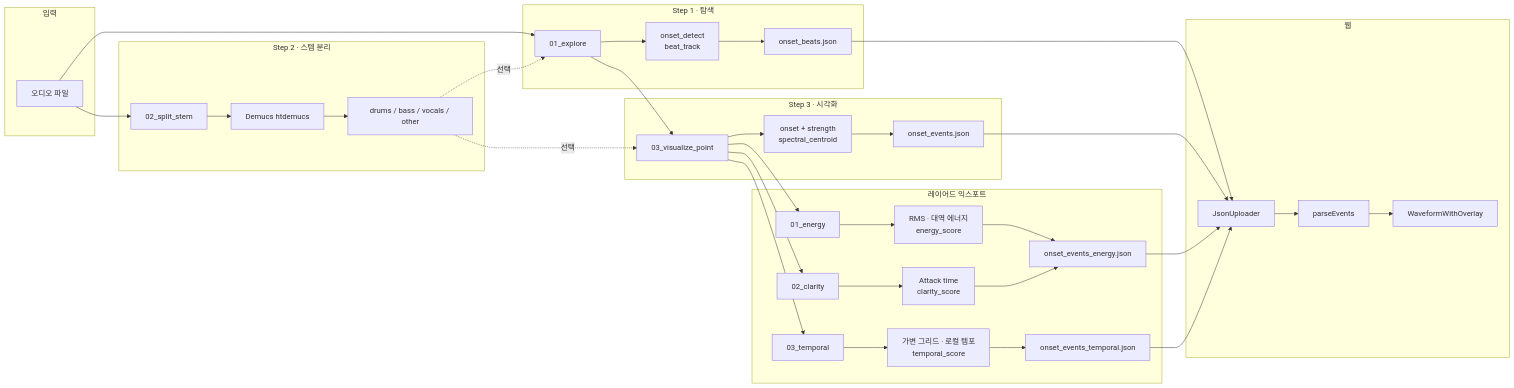
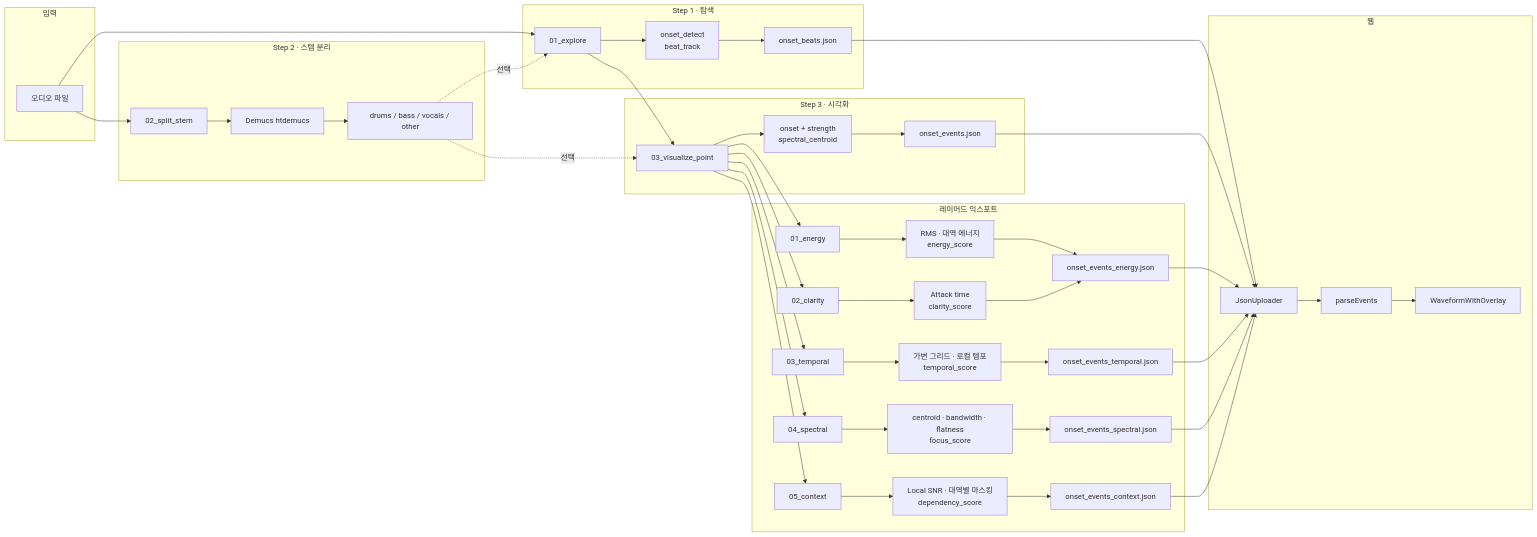
The diagram in docs/progress.md (latte0415/MADCAMP-W4-Music-Pose), drawn with Mermaid before and after one commit. The commit also changed other lines of this file and 13 other files, not shown here.

````diff
--- a/docs/progress.md
+++ b/docs/progress.md
@@ -9,56 +9,66 @@
 ```mermaid
 flowchart LR
     subgraph input["입력"]
         A[오디오 파일]
     end
 
     subgraph step1["Step 1 · 탐색"]
         B[01_explore]
         B --> B1[onset_detect<br/>beat_track]
         B1 --> J1[onset_beats.json]
     end
 
     subgraph step2["Step 2 · 스템 분리"]
         C[02_split_stem]
         C --> C1[Demucs htdemucs]
         C1 --> S[drums / bass / vocals / other]
     end
 
     subgraph step3["Step 3 · 시각화"]
         D[03_visualize_point]
         D --> D1[onset + strength<br/>spectral_centroid]
         D1 --> J2[onset_events.json]
     end
 
     subgraph layered["레이어드 익스포트"]
         E1[01_energy]
         E2[02_clarity]
         E3[03_temporal]
+        E4[04_spectral]
+        E5[05_context]
         E1 --> E1a[RMS · 대역 에너지<br/>energy_score]
         E2 --> E2a[Attack time<br/>clarity_score]
         E3 --> E3a[가변 그리드 · 로컬 템포<br/>temporal_score]
+        E4 --> E4a[centroid · bandwidth · flatness<br/>focus_score]
+        E5 --> E5a[Local SNR · 대역별 마스킹<br/>dependency_score]
         E1a --> J3[onset_events_energy.json]
         E2a --> J3
         E3a --> J4[onset_events_temporal.json]
+        E4a --> J5[onset_events_spectral.json]
+        E5a --> J6[onset_events_context.json]
     end
 
     subgraph web["웹"]
         W1[JsonUploader]
         W2[parseEvents]
         W3[WaveformWithOverlay]
         W1 --> W2 --> W3
     end
 
     A --> B
     A --> C
     S -.->|선택| B
     S -.->|선택| D
     B --> D
     D --> E1
     D --> E2
     D --> E3
+    D --> E4
+    D --> E5
     J1 --> W1
     J2 --> W1
     J3 --> W1
     J4 --> W1
+    J5 --> W1
+    J6 --> W1
 ```
````
